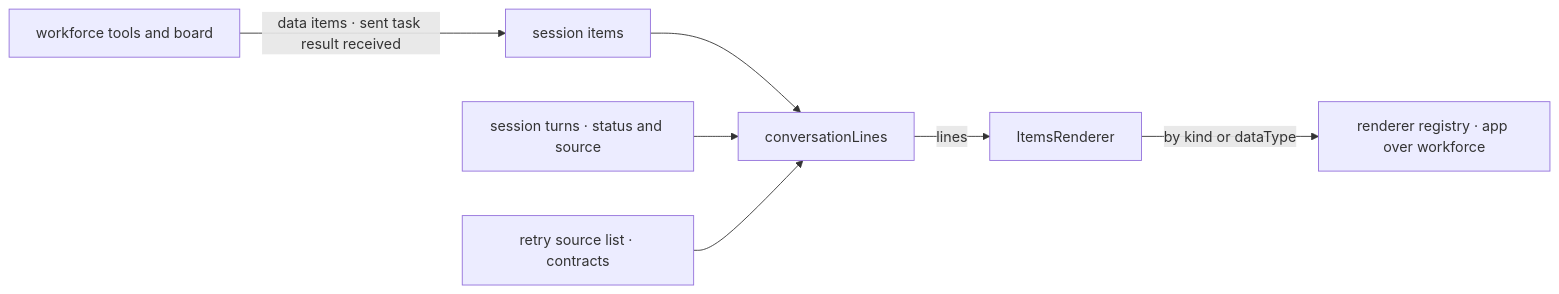
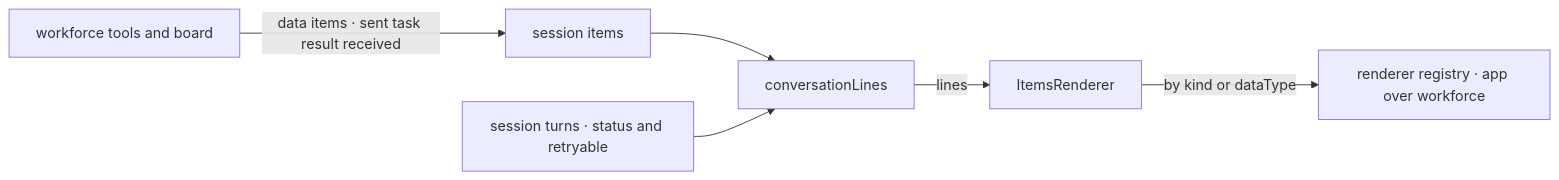
One commit to fixpoint-labs/flow-state-dev changed the second of 2 diagrams in specs/issues/FIX-2848/SPEC.md. Above: the diagram before and after it, drawn with Mermaid. The commit also changed other lines of this file and 3 other files, not shown here.

````diff
--- a/specs/issues/FIX-2848/SPEC.md
+++ b/specs/issues/FIX-2848/SPEC.md
@@ -75,9 +76,8 @@
 ```mermaid
 flowchart LR
   T["workforce tools and board"] -->|"data items · sent task result received"| I["session items"]
   I --> M["conversationLines"]
-  R["session turns · status and source"] --> M
-  L["retry source list · contracts"] --> M
+  R["session turns · status and retryable"] --> M
   M -->|"lines"| IR["ItemsRenderer"]
   IR -->|"by kind or dataType"| G["renderer registry · app over workforce"]
 ```
````
